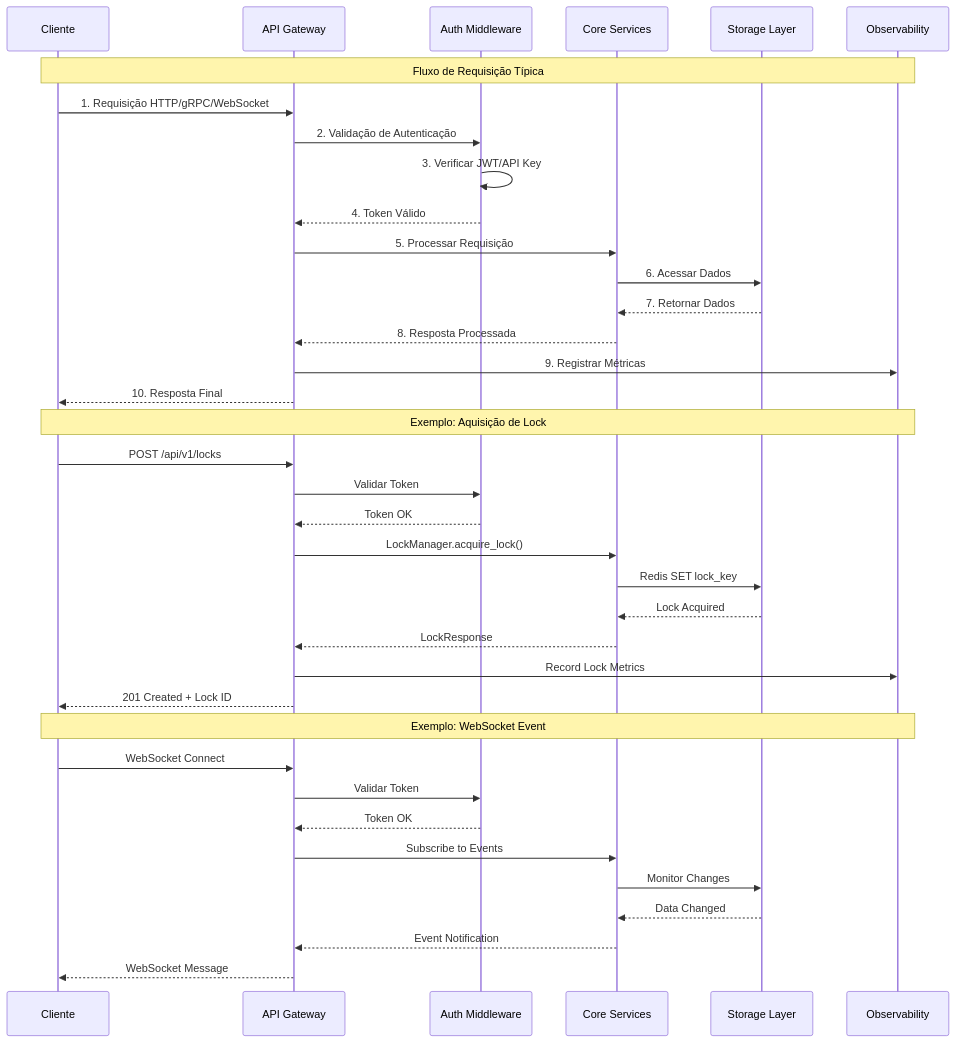
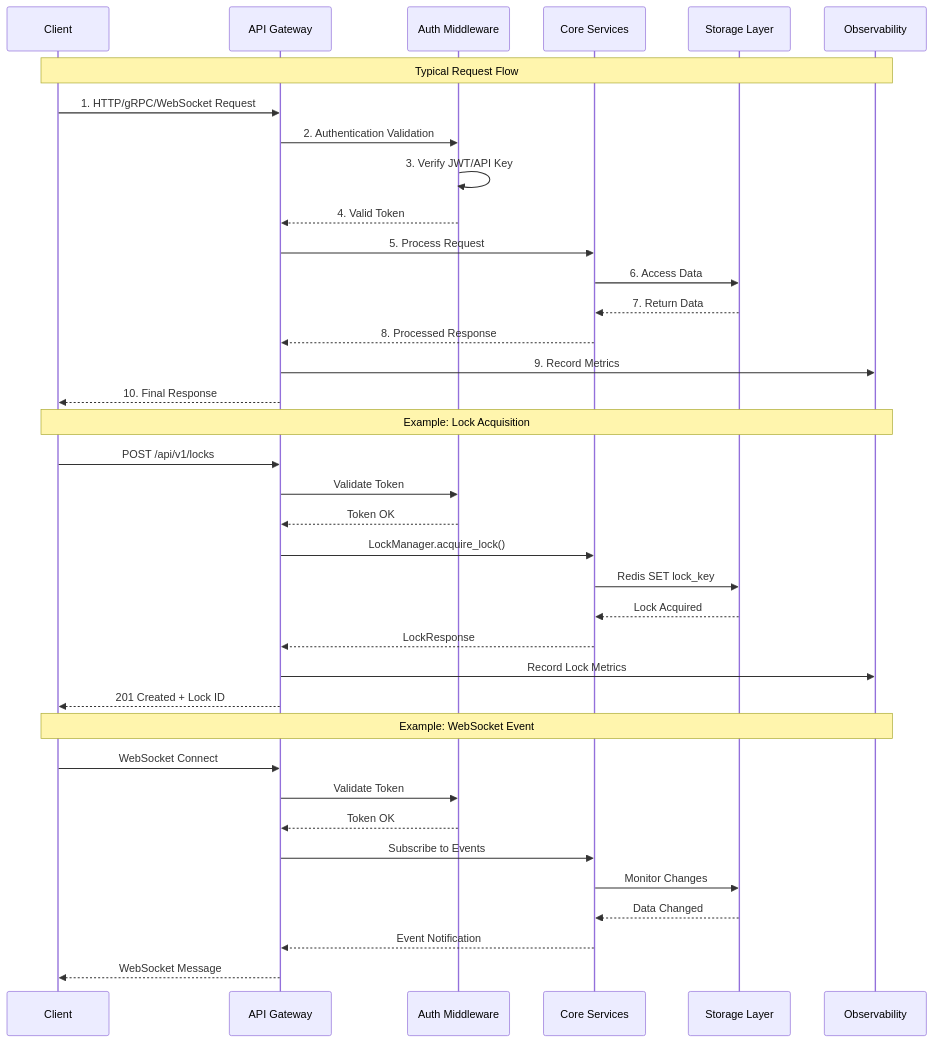
One commit to wendelmax/syros changed the second of 3 diagrams in README.md. Above: the diagram before and after it, drawn with Mermaid. The commit also changed other lines of this file and 68 other files, not shown here.

````diff
--- a/README.md
+++ b/README.md
@@ -159,47 +159,47 @@
 ```mermaid
 sequenceDiagram
-    participant Client as Cliente
+    participant Client as Client
     participant API as API Gateway
     participant Auth as Auth Middleware
     participant Core as Core Services
     participant Storage as Storage Layer
     participant Obs as Observability
 
-    Note over Client,Obs: Fluxo de Requisição Típica
+    Note over Client,Obs: Typical Request Flow
 
-    Client->>API: 1. Requisição HTTP/gRPC/WebSocket
-    API->>Auth: 2. Validação de Autenticação
-    Auth->>Auth: 3. Verificar JWT/API Key
-    Auth-->>API: 4. Token Válido
+    Client->>API: 1. HTTP/gRPC/WebSocket Request
+    API->>Auth: 2. Authentication Validation
+    Auth->>Auth: 3. Verify JWT/API Key
+    Auth-->>API: 4. Valid Token
     
-    API->>Core: 5. Processar Requisição
-    Core->>Storage: 6. Acessar Dados
-    Storage-->>Core: 7. Retornar Dados
-    Core-->>API: 8. Resposta Processada
+    API->>Core: 5. Process Request
+    Core->>Storage: 6. Access Data
+    Storage-->>Core: 7. Return Data
+    Core-->>API: 8. Processed Response
     
-    API->>Obs: 9. Registrar Métricas
-    API-->>Client: 10. Resposta Final
+    API->>Obs: 9. Record Metrics
+    API-->>Client: 10. Final Response
 
-    Note over Client,Obs: Exemplo: Aquisição de Lock
+    Note over Client,Obs: Example: Lock Acquisition
 
     Client->>API: POST /api/v1/locks
-    API->>Auth: Validar Token
+    API->>Auth: Validate Token
     Auth-->>API: Token OK
     API->>Core: LockManager.acquire_lock()
     Core->>Storage: Redis SET lock_key
     Storage-->>Core: Lock Acquired
     Core-->>API: LockResponse
     API->>Obs: Record Lock Metrics
     API-->>Client: 201 Created + Lock ID
 
-    Note over Client,Obs: Exemplo: WebSocket Event
+    Note over Client,Obs: Example: WebSocket Event
 
     Client->>API: WebSocket Connect
-    API->>Auth: Validar Token
+    API->>Auth: Validate Token
     Auth-->>API: Token OK
     API->>Core: Subscribe to Events
     Core->>Storage: Monitor Changes
     Storage-->>Core: Data Changed
     Core-->>API: Event Notification
     API-->>Client: WebSocket Message
 ```
````
